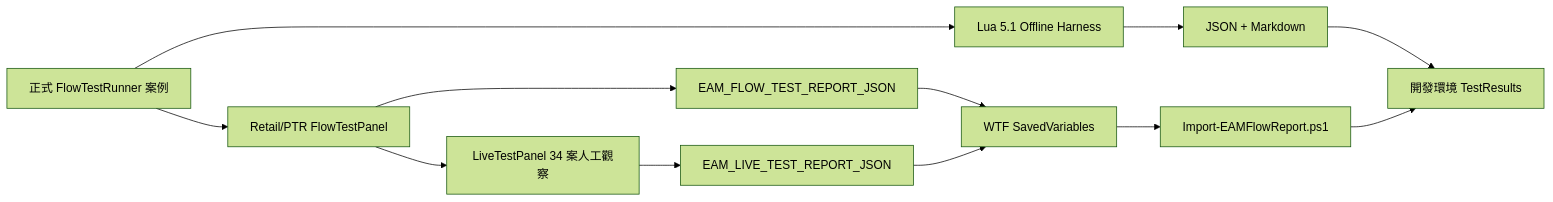
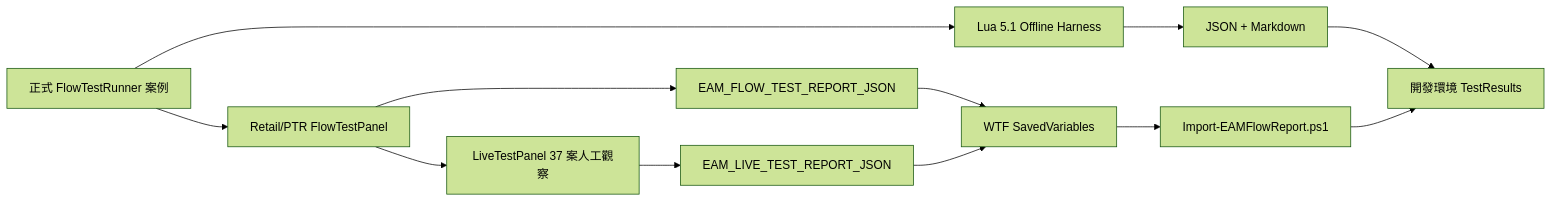
One commit to ziyuefan/EventAlertModRemake changed the diagram in Docs/26_FLOW_VALIDATION_FRAMEWORK.md. Above: the diagram before and after it, drawn with Mermaid (forest theme). The commit also changed other lines of this file and 82 other files, not shown here.

````diff
--- a/Docs/26_FLOW_VALIDATION_FRAMEWORK.md
+++ b/Docs/26_FLOW_VALIDATION_FRAMEWORK.md
@@ -18,14 +18,14 @@
 ```mermaid
 flowchart LR
     A["正式 FlowTestRunner 案例"] --> B["Lua 5.1 Offline Harness"]
     A --> C["Retail/PTR FlowTestPanel"]
-    C --> I["LiveTestPanel 34 案人工觀察"]
+    C --> I["LiveTestPanel 37 案人工觀察"]
     B --> D["JSON + Markdown"]
     C --> E["EAM_FLOW_TEST_REPORT_JSON"]
     I --> J["EAM_LIVE_TEST_REPORT_JSON"]
     E --> F["WTF SavedVariables"]
     J --> F
     D --> G["開發環境 TestResults"]
     F --> H["Import-EAMFlowReport.ps1"]
     H --> G
 ```
````
